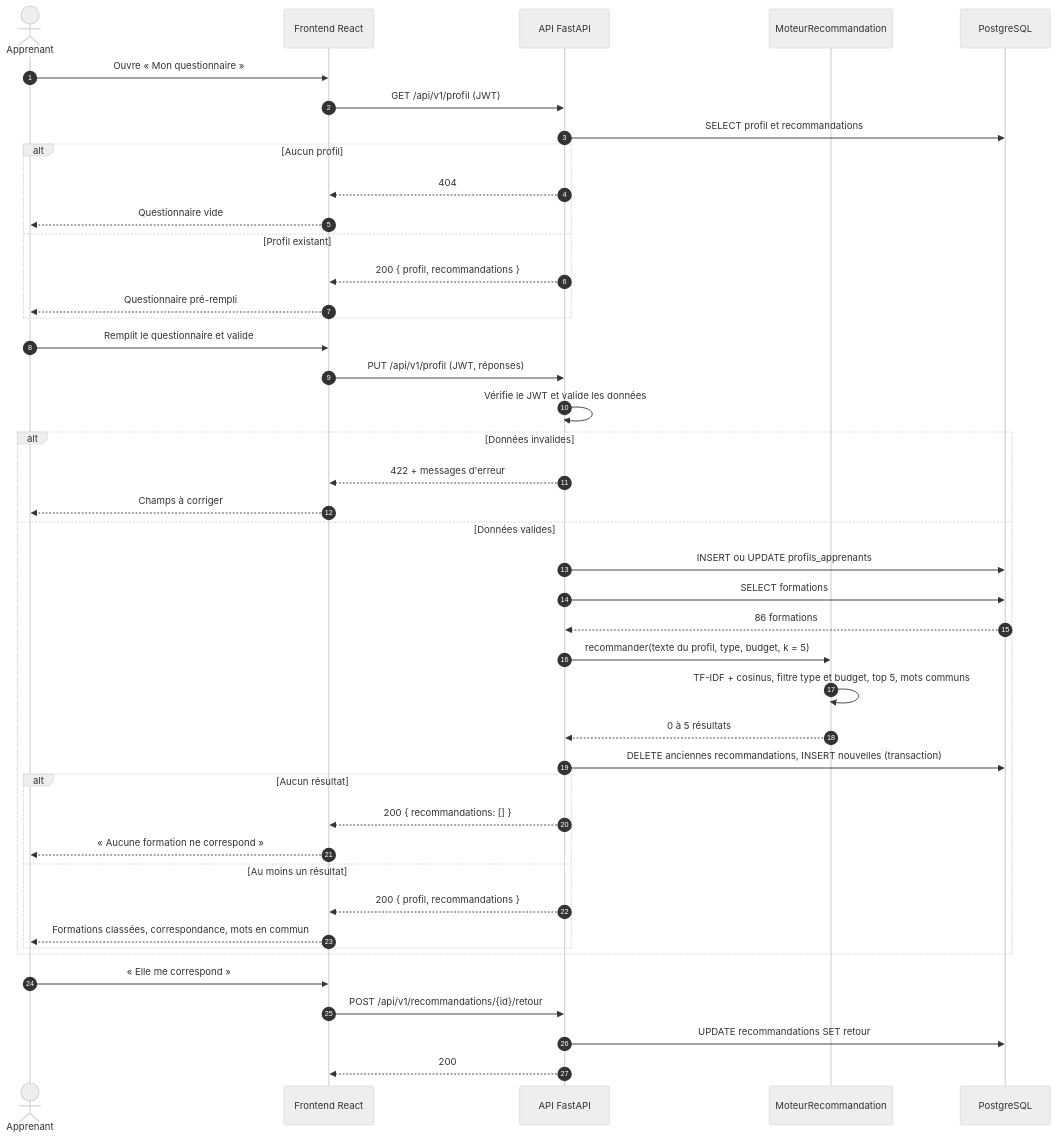
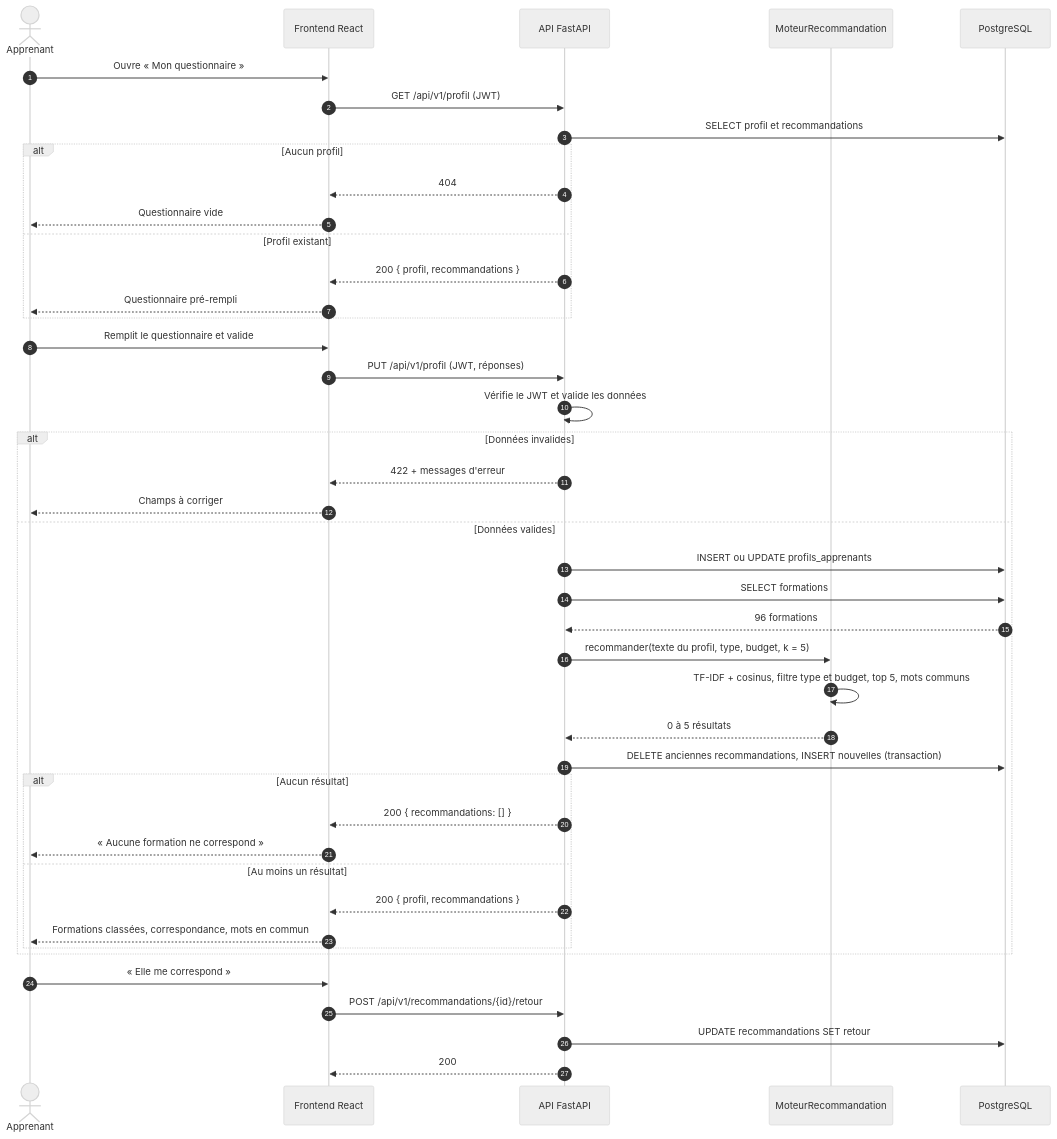
The third of 8 diagrams in docs/uml.md (martial-300/plateforme-formations-hitt), drawn with Mermaid (neutral theme) before and after one commit. The commit also changed other lines of this file and 45 other files, not shown here.

````diff
--- a/docs/uml.md
+++ b/docs/uml.md
@@ -175,46 +176,46 @@
 ```mermaid
 sequenceDiagram
     autonumber
     actor A as Apprenant
     participant UI as Frontend React
     participant API as API FastAPI
     participant M as MoteurRecommandation
     participant DB as PostgreSQL
 
     A->>UI: Ouvre « Mon questionnaire »
     UI->>API: GET /api/v1/profil (JWT)
     API->>DB: SELECT profil et recommandations
     alt Aucun profil
         API-->>UI: 404
         UI-->>A: Questionnaire vide
     else Profil existant
         API-->>UI: 200 { profil, recommandations }
         UI-->>A: Questionnaire pré-rempli
     end
     A->>UI: Remplit le questionnaire et valide
     UI->>API: PUT /api/v1/profil (JWT, réponses)
     API->>API: Vérifie le JWT et valide les données
     alt Données invalides
         API-->>UI: 422 + messages d'erreur
         UI-->>A: Champs à corriger
     else Données valides
         API->>DB: INSERT ou UPDATE profils_apprenants
         API->>DB: SELECT formations
-        DB-->>API: 86 formations
+        DB-->>API: 96 formations
         API->>M: recommander(texte du profil, type, budget, k = 5)
         M->>M: TF-IDF + cosinus, filtre type et budget, top 5, mots communs
         M-->>API: 0 à 5 résultats
         API->>DB: DELETE anciennes recommandations, INSERT nouvelles (transaction)
         alt Aucun résultat
             API-->>UI: 200 { recommandations: [] }
             UI-->>A: « Aucune formation ne correspond »
         else Au moins un résultat
             API-->>UI: 200 { profil, recommandations }
             UI-->>A: Formations classées, correspondance, mots en commun
         end
     end
     A->>UI: « Elle me correspond »
     UI->>API: POST /api/v1/recommandations/{id}/retour
     API->>DB: UPDATE recommandations SET retour
     API-->>UI: 200
 ```
````
